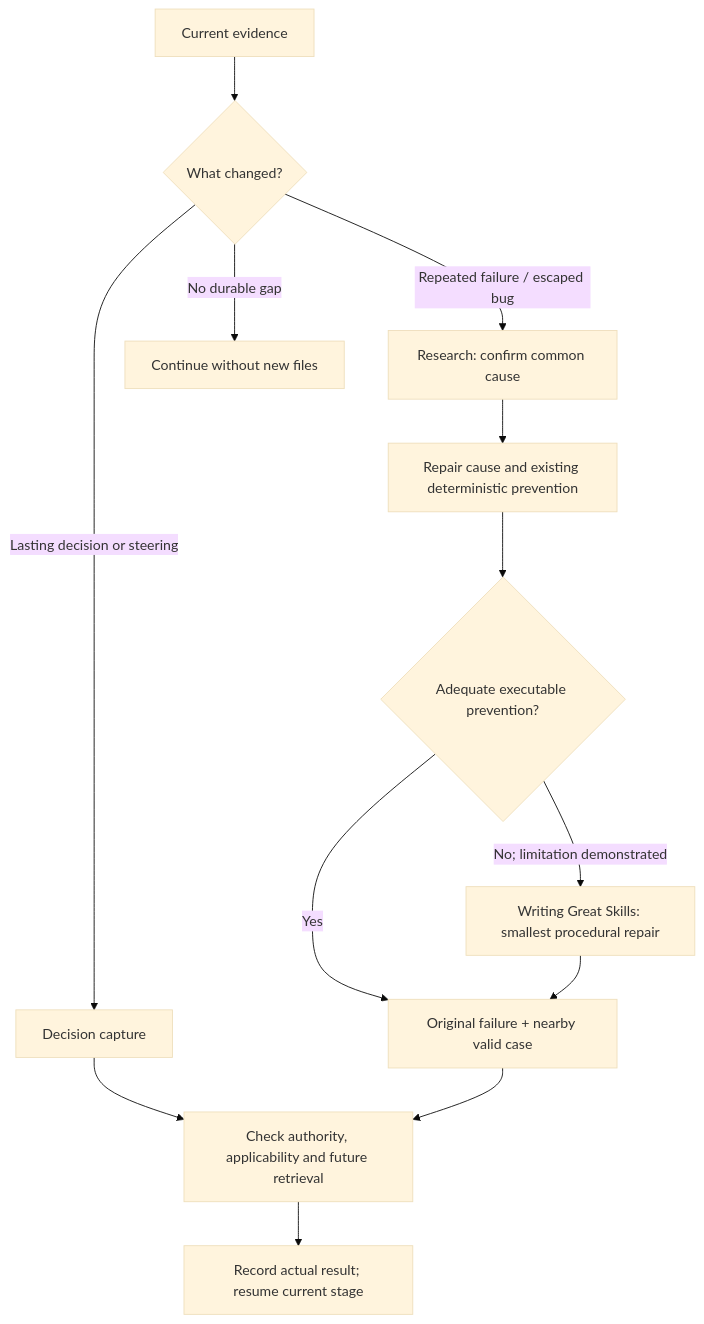
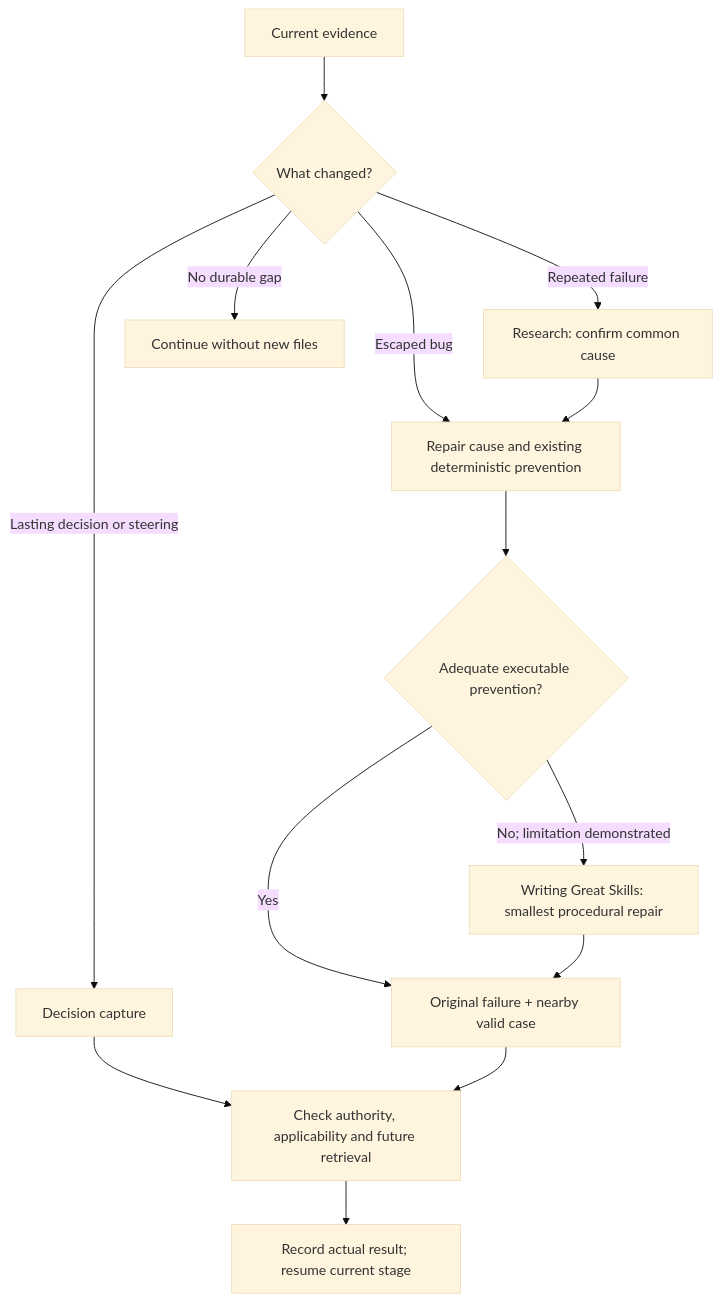
One commit to sgaabdu4/hard-eng changed the diagram in .agents/skills/he-learn/SKILL.md. Above: the diagram before and after it, drawn with Mermaid (base theme). The commit also changed other lines of this file and 4 other files, not shown here.

First line of the commit message:
Make the escaped-bug and Undo text precise

````diff
--- a/.agents/skills/he-learn/SKILL.md
+++ b/.agents/skills/he-learn/SKILL.md
@@ -11,19 +11,20 @@
 ```mermaid
 flowchart TD
   E[Current evidence] --> T{What changed?}
-  T -->|Repeated failure / escaped bug| R[Research: confirm common cause]
+  T -->|Repeated failure| R[Research: confirm common cause]
+  T -->|Escaped bug| P
   T -->|Lasting decision or steering| A[Decision capture]
   T -->|No durable gap| N[Continue without new files]
   R --> P[Repair cause and existing deterministic prevention]
   P --> L{Adequate executable prevention?}
   L -->|Yes| V[Original failure + nearby valid case]
   L -->|No; limitation demonstrated| S[Writing Great Skills: smallest procedural repair]
   S --> V
   A --> U[Check authority, applicability and future retrieval]
   V --> U
   U --> D[Record actual result; resume current stage]
   click R "../research/references/troubleshooting.md"
   click A "references/decisions.md"
   click S "../writing-great-skills/SKILL.md"
   click V "../he/references/testing.md"
 ```
````
